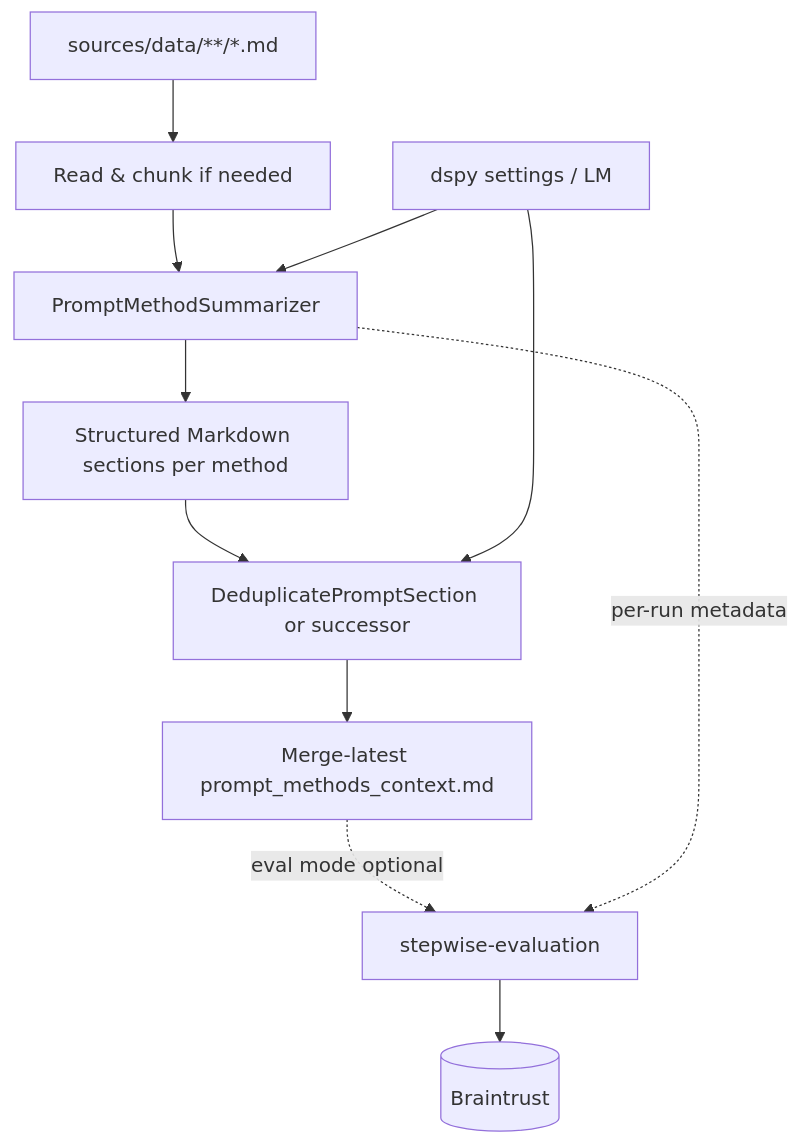
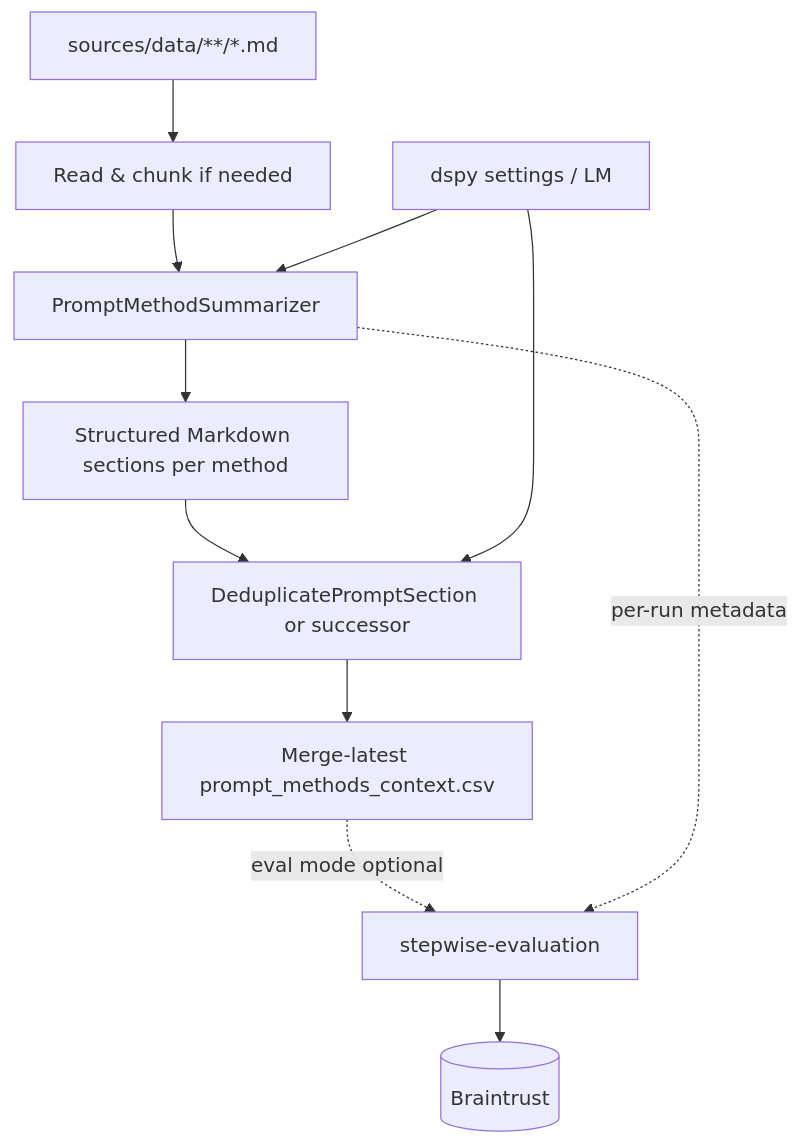
One commit to trummelbummel/promptymize changed the diagram in docs/ai/design/feature-context-engineering.md. Above: the diagram before and after it, drawn with Mermaid. The commit also changed other lines of this file and 40 other files, not shown here.

````diff
--- a/docs/ai/design/feature-context-engineering.md
+++ b/docs/ai/design/feature-context-engineering.md
@@ -13,13 +13,13 @@
 ```mermaid
 graph TD
   MD[sources/data/**/*.md] --> Ingest[Read & chunk if needed]
   Ingest --> Summarize[PromptMethodSummarizer]
   Summarize --> Sections[Structured Markdown sections per method]
   Sections --> Dedup[DeduplicatePromptSection or successor]
-  Dedup --> ContextFile[Merge-latest prompt_methods_context.md]
+  Dedup --> ContextFile[Merge-latest prompt_methods_context.csv]
   Config[dspy settings / LM] --> Summarize
   Config --> Dedup
   ContextFile -.->|eval mode optional| Stepwise[stepwise-evaluation]
   Summarize -.->|per-run metadata| Stepwise
   Stepwise --> BT[(Braintrust)]
 ```
````
